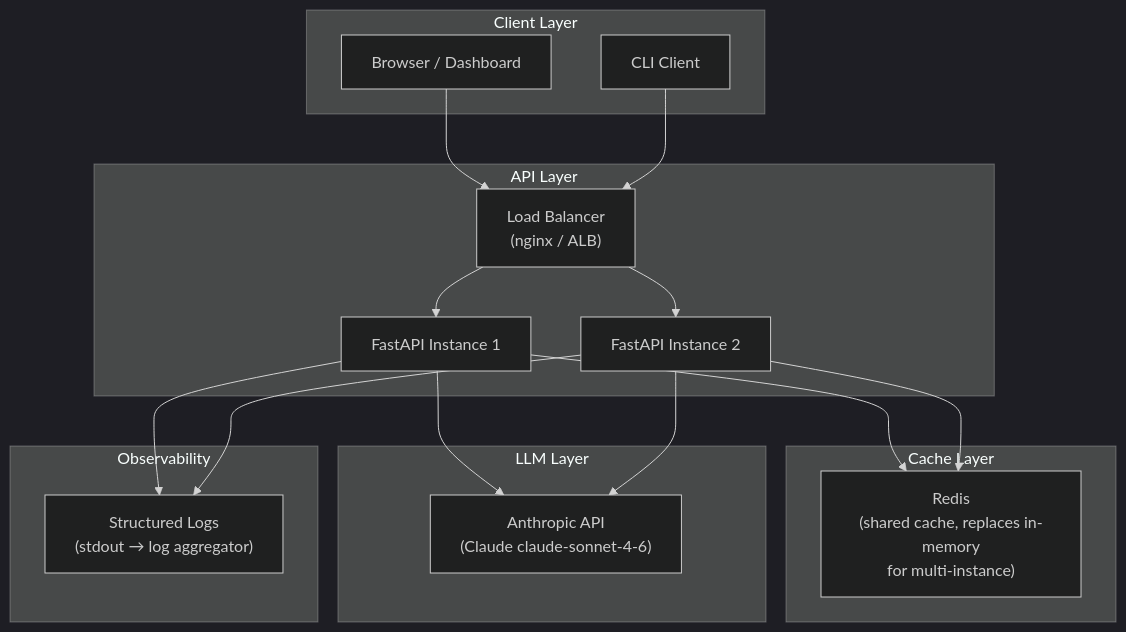
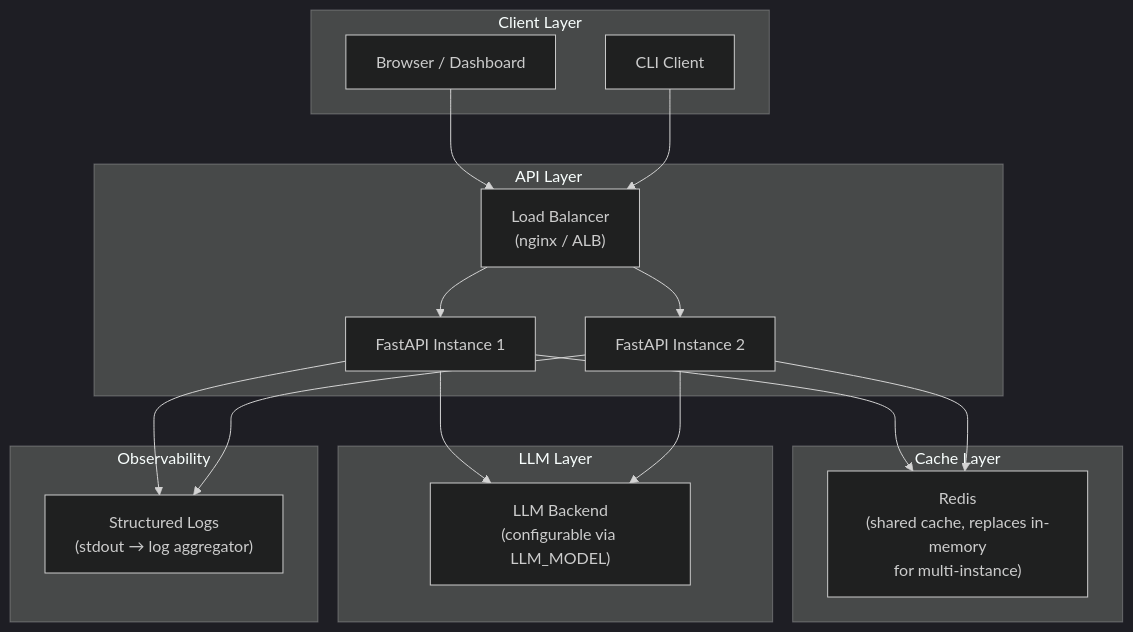
The sixth of 6 diagrams in design.md (pvtr-malli/SQL_Agent), drawn with Mermaid (dark theme) before and after one commit. The commit also changed other lines of this file and 2 other files, not shown here.

````diff
--- a/design.md
+++ b/design.md
@@ -235,36 +299,36 @@
 ```mermaid
 graph TB
     subgraph Client Layer
         Browser["Browser / Dashboard"]
         CLI["CLI Client"]
     end
 
     subgraph API Layer
         LB["Load Balancer\n(nginx / ALB)"]
         API1["FastAPI Instance 1"]
         API2["FastAPI Instance 2"]
     end
 
     subgraph Cache Layer
         Redis["Redis\n(shared cache, replaces in-memory\nfor multi-instance)"]
     end
 
     subgraph LLM Layer
-        AnthropicAPI["Anthropic API\n(Claude claude-sonnet-4-6)"]
+        LLMBackend["LLM Backend\n(configurable via LLM_MODEL)"]
     end
 
     subgraph Observability
         Logs["Structured Logs\n(stdout → log aggregator)"]
     end
 
     Browser --> LB
     CLI --> LB
     LB --> API1
     LB --> API2
     API1 --> Redis
     API2 --> Redis
-    API1 --> AnthropicAPI
-    API2 --> AnthropicAPI
+    API1 --> LLMBackend
+    API2 --> LLMBackend
     API1 --> Logs
     API2 --> Logs
 ```
````
